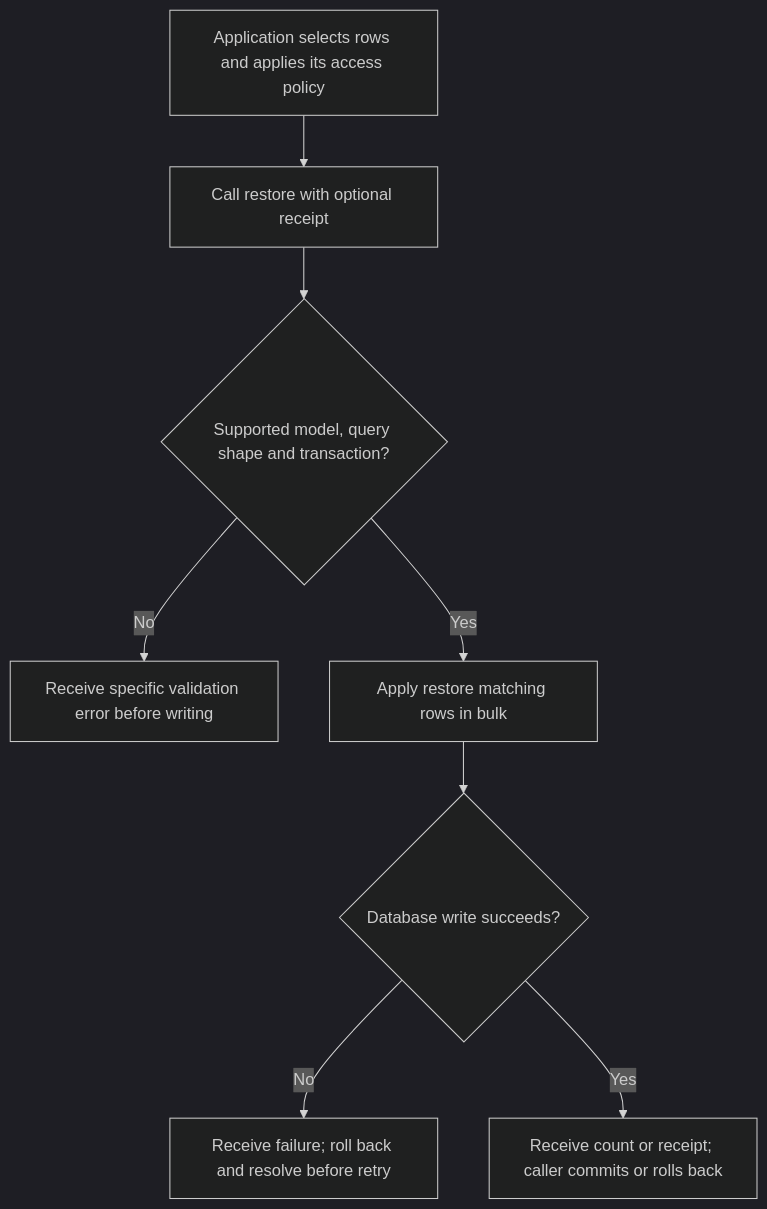
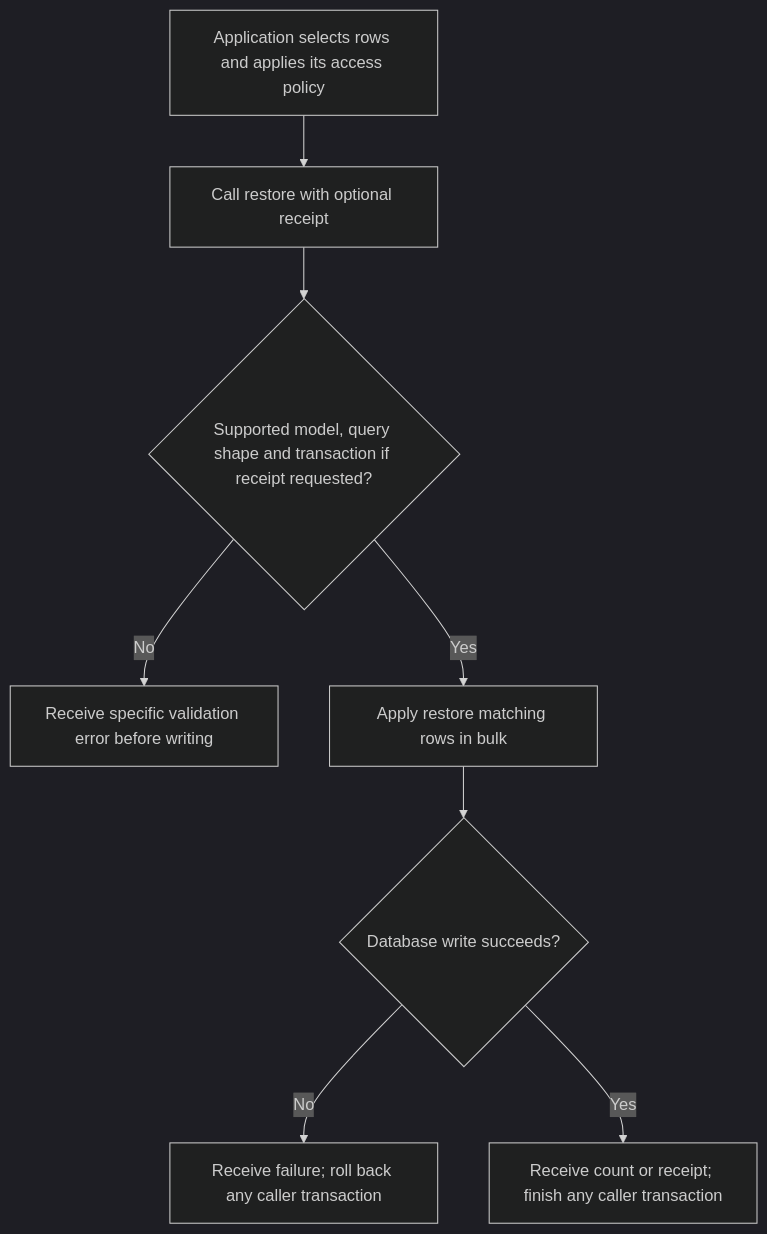
The first of 2 diagrams in user-stories/bulk-operations/us-app-06-restore-bulk.md (Kevinjohn/oss-adonisjs-lucid-soft-delete), drawn with Mermaid (dark theme) before and after one commit. The commit also changed other lines of this file and 26 other files, not shown here.

````diff
--- a/user-stories/bulk-operations/us-app-06-restore-bulk.md
+++ b/user-stories/bulk-operations/us-app-06-restore-bulk.md
@@ -24,10 +24,10 @@
 ```mermaid
 flowchart TD
     A["Application selects rows and applies its access policy"] --> B["Call restore with optional receipt"]
-    B --> C{"Supported model, query shape and transaction?"}
+    B --> C{"Supported model, query shape and transaction if receipt requested?"}
     C -->|No| D["Receive specific validation error before writing"]
     C -->|Yes| E["Apply restore matching rows in bulk"]
     E --> F{"Database write succeeds?"}
-    F -->|No| G["Receive failure; roll back and resolve before retry"]
-    F -->|Yes| H["Receive count or receipt; caller commits or rolls back"]
+    F -->|No| G["Receive failure; roll back any caller transaction"]
+    F -->|Yes| H["Receive count or receipt; finish any caller transaction"]
 ```
````
